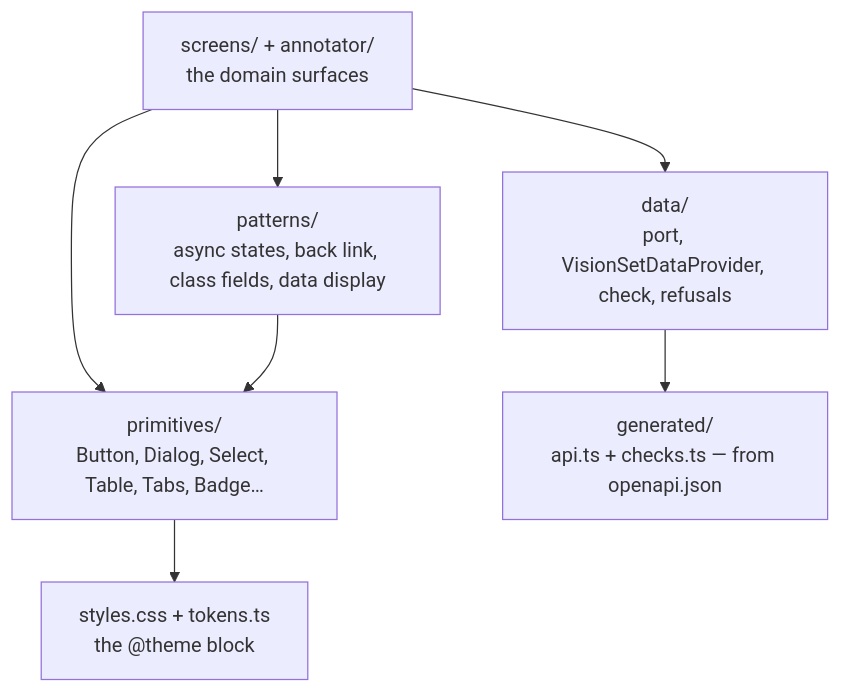
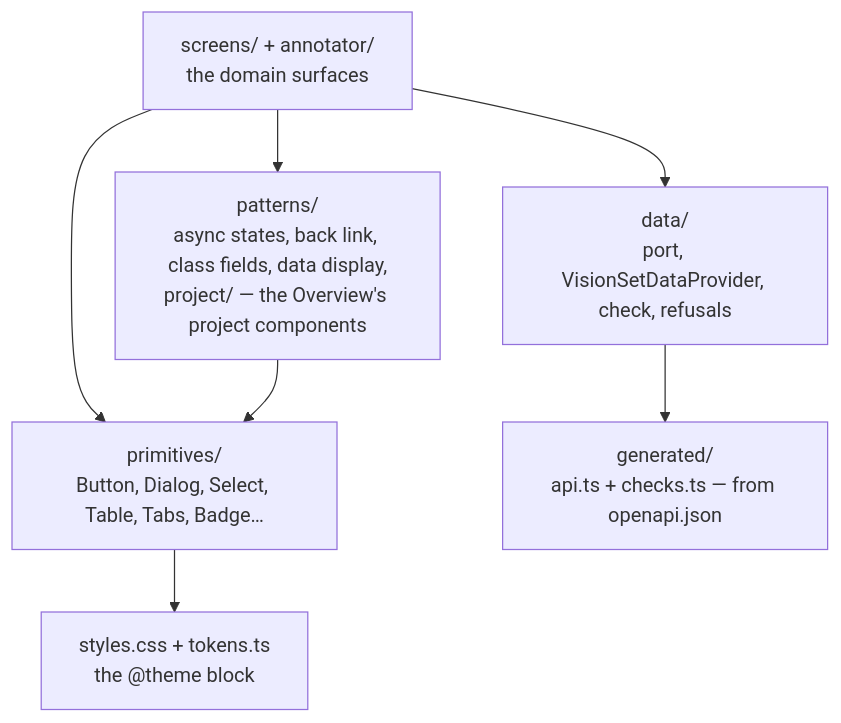
Before and after one commit to Robomous/VisionSet: the first of 2 diagrams in docs/content/architecture/frontend/ui-core.md, drawn with Mermaid. The commit also changed other lines of this file and 296 other files, not shown here.

````diff
--- a/docs/content/architecture/frontend/ui-core.md
+++ b/docs/content/architecture/frontend/ui-core.md
@@ -9,16 +9,16 @@
 ```mermaid
 flowchart TB
     Screens["screens/ + annotator/\nthe domain surfaces"]
-    Patterns["patterns/\nasync states, back link, class fields, data display"]
+    Patterns["patterns/\nasync states, back link, class fields, data display,\nproject/ — the Overview's project components"]
     Primitives["primitives/\nButton, Dialog, Select, Table, Tabs, Badge…"]
     Data["data/\nport, VisionSetDataProvider, check, refusals"]
     Generated["generated/\napi.ts + checks.ts — from openapi.json"]
     Tokens["styles.css + tokens.ts\nthe @theme block"]
 
     Screens --> Patterns
     Screens --> Primitives
     Screens --> Data
     Data --> Generated
     Primitives --> Tokens
     Patterns --> Primitives
 ```
````
